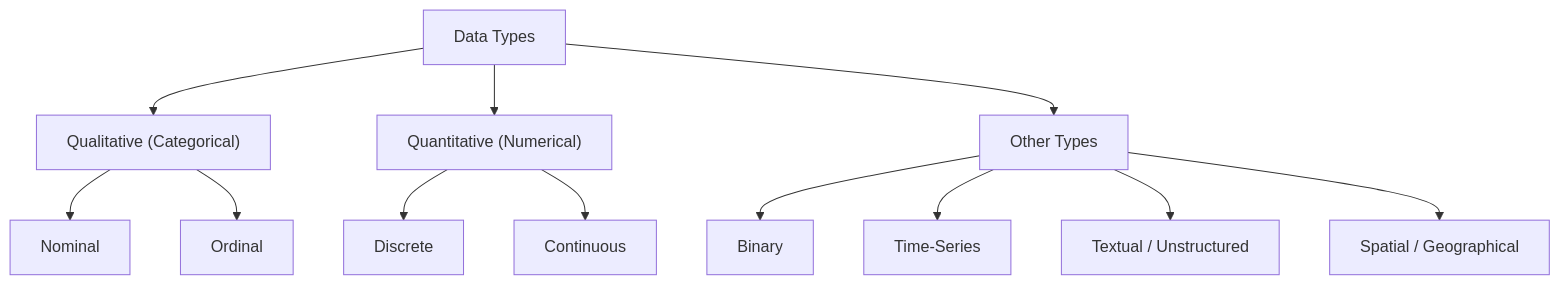
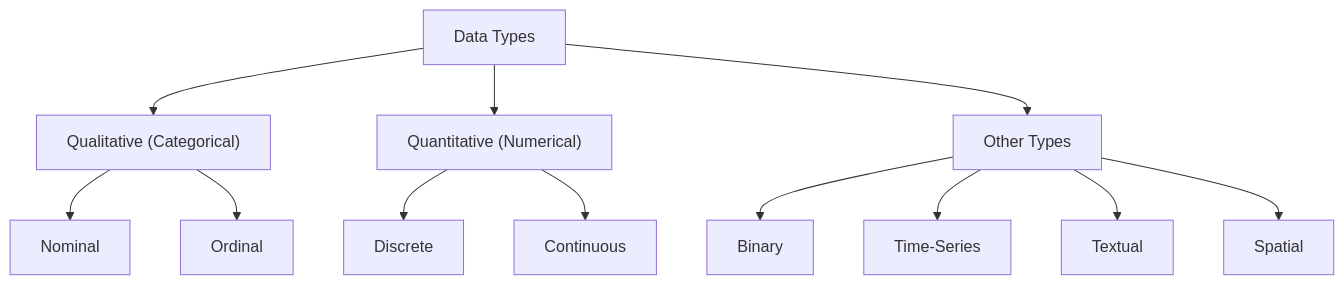
One commit to hovhannisyan91/aca changed the diagram in materials/statistics/session2.qmd. Above: the diagram before and after it, drawn with Mermaid. The commit also changed other lines of this file and 5 other files, not shown here.

````diff
--- a/materials/statistics/session2.qmd
+++ b/materials/statistics/session2.qmd
@@ -65,18 +118,19 @@
 ```{mermaid}
 %%{init: {"theme": "default", "logLevel": "fatal"}}%%
 graph TD
     A["Data Types"] --> B["Qualitative (Categorical)"]
     A --> C["Quantitative (Numerical)"]
+    A --> H["Other Types"]
 
     B --> D["Nominal"]
     B --> E["Ordinal"]
 
     C --> F["Discrete"]
     C --> G["Continuous"]
 
-    A --> H["Other Types"]
+    
     H --> I["Binary"]
     H --> J["Time-Series"]
-    H --> K["Textual / Unstructured"]
-    H --> L["Spatial / Geographical"]
+    H --> K["Textual"]
+    H --> L["Spatial"]
 ```
````
